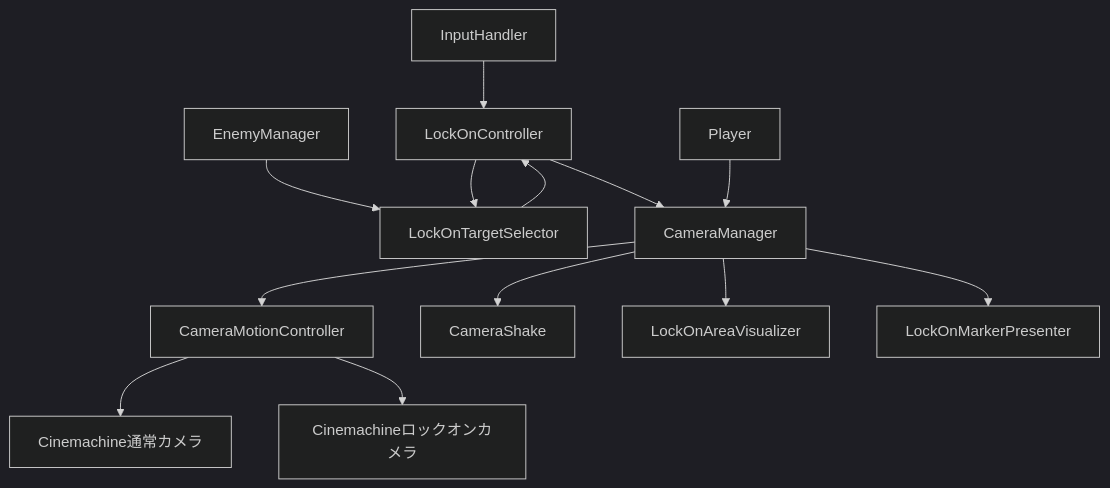
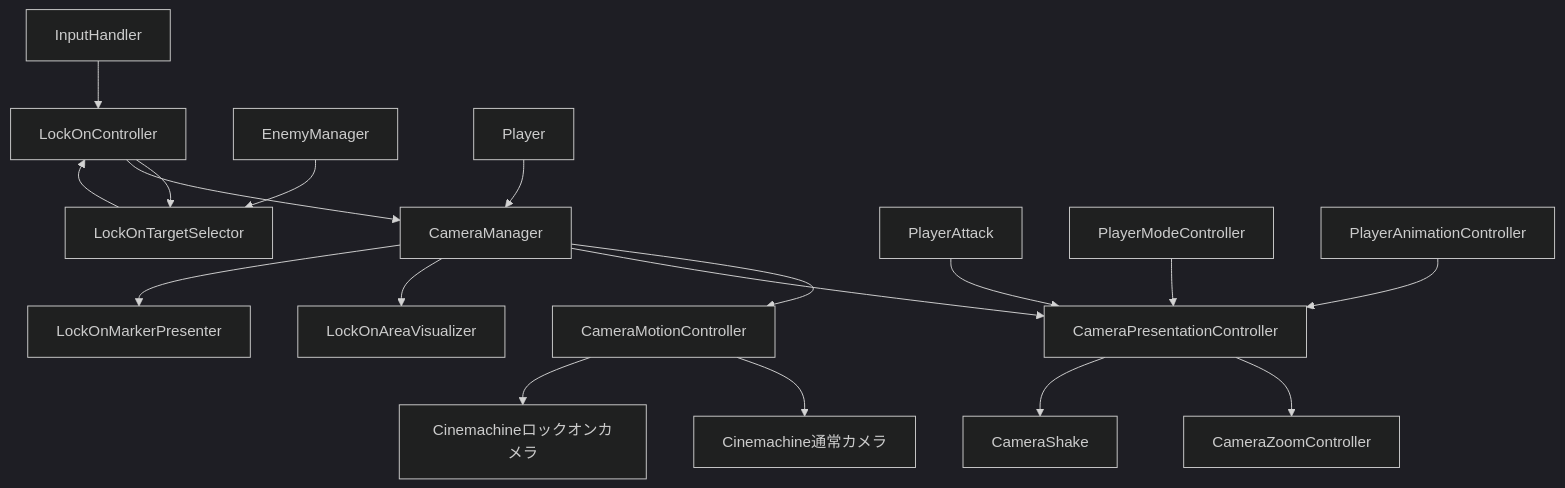
The diagram in Assets/Scripts/Camera/CameraSystemDoc.md (NaritaShosei/ProjectGO), drawn with Mermaid (dark theme) before and after one commit. The commit also changed other lines of this file and 1 other file, not shown here.

Commit message:
[refactor]Player.csを編集しない方式に修正

````diff
--- a/Assets/Scripts/Camera/CameraSystemDoc.md
+++ b/Assets/Scripts/Camera/CameraSystemDoc.md
@@ -113,15 +125,20 @@
 ```mermaid
 flowchart TD
     Input[InputHandler] --> Controller[LockOnController]
     Enemy[EnemyManager] --> Selector[LockOnTargetSelector]
     Controller --> Selector
     Selector --> Controller
     Controller --> Manager[CameraManager]
     Player[Player] --> Manager
     Manager --> Motion[CameraMotionController]
     Motion --> Normal[Cinemachine通常カメラ]
     Motion --> Lock[Cinemachineロックオンカメラ]
-    Manager --> Shake[CameraShake]
+    Manager --> Presentation[CameraPresentationController]
+    PlayerAttack[PlayerAttack] --> Presentation
+    ModeController[PlayerModeController] --> Presentation
+    AnimController[PlayerAnimationController] --> Presentation
+    Presentation --> Zoom[CameraZoomController]
+    Presentation --> Shake[CameraShake]
     Manager --> Area[LockOnAreaVisualizer]
     Manager --> Marker[LockOnMarkerPresenter]
 ```
````
